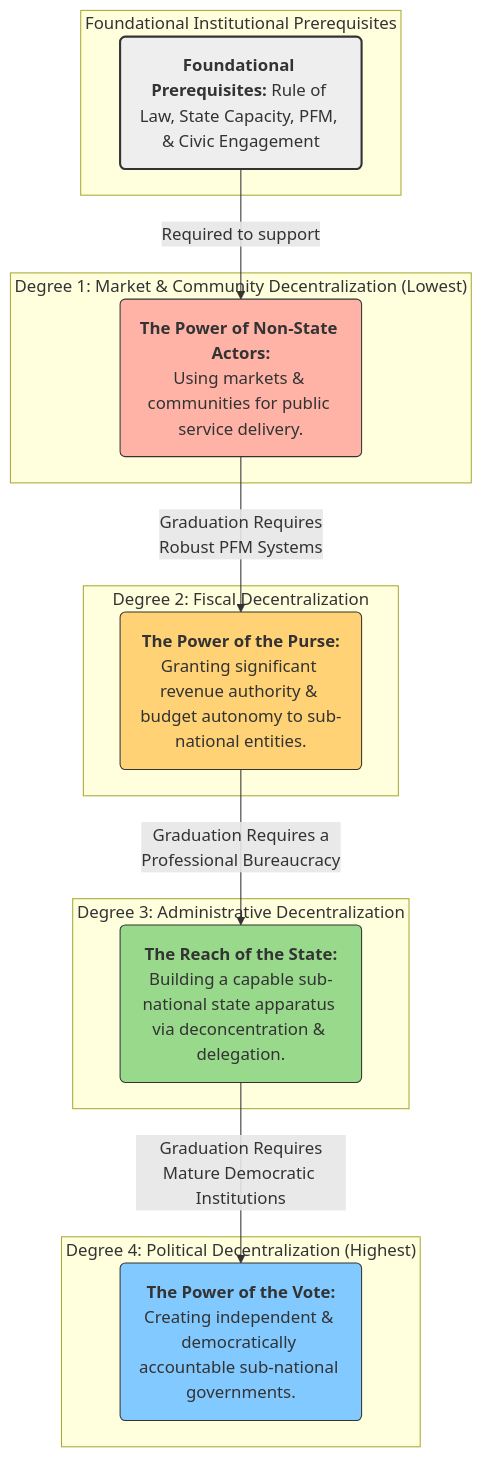
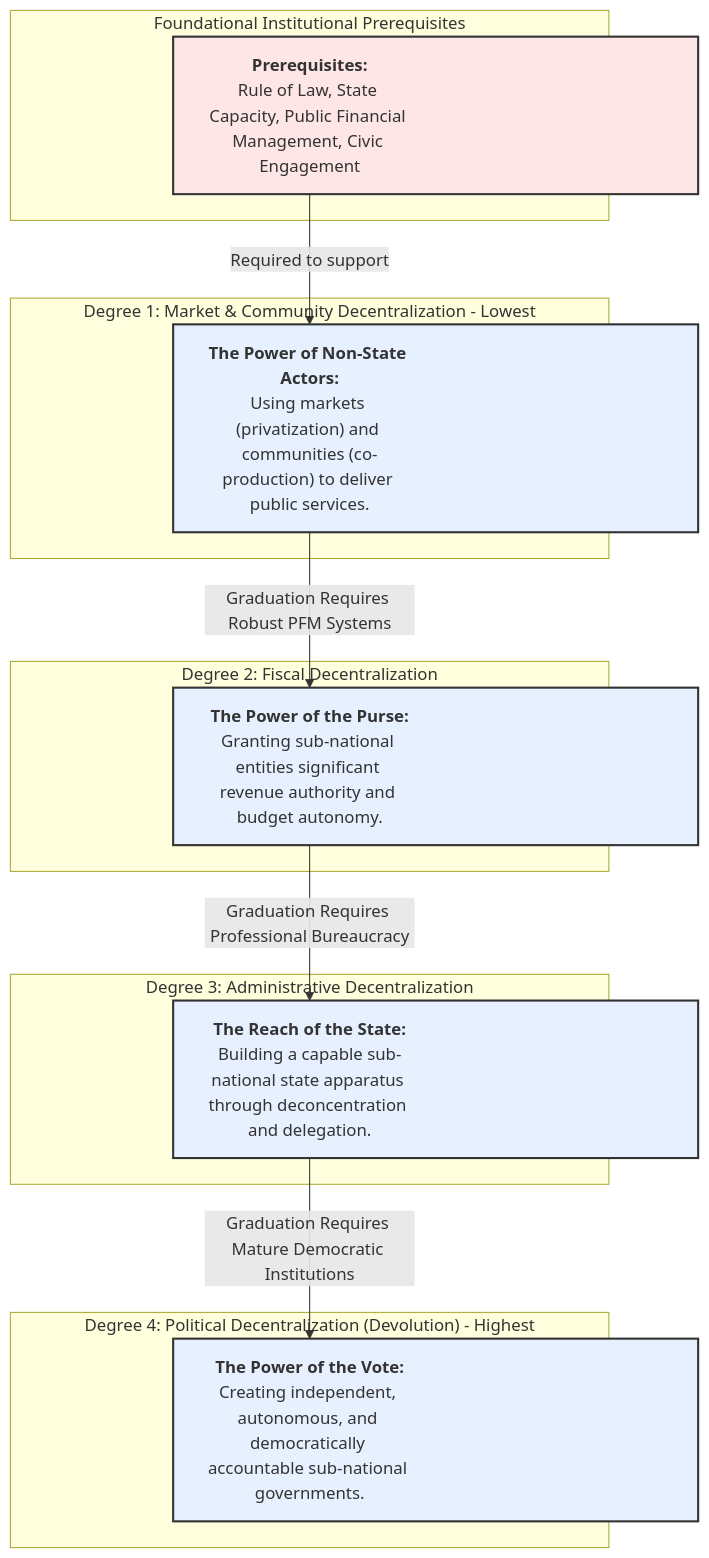
Before and after one commit to Aboutorabi/2.1.md: the diagram in 2.1.md, drawn with Mermaid.

````diff
--- a/2.1.md
+++ b/2.1.md
@@ -1,32 +1,41 @@
 ```mermaid
+%%{init: {'themeCSS': '.label foreignObject span { text-align: center; display: block; }'}}%%
 graph TD
-    subgraph "Degree 4: Political Decentralization (Highest)"
-        D4("<b>The Power of the Vote:</b><br>Creating independent & democratically accountable sub-national governments.")
+    %% Degree 4
+    subgraph "Degree 4: Political Decentralization (Devolution) - Highest"
+        D4["<b>The Power of the Vote:</b><br/>Creating independent, autonomous, and democratically accountable sub-national governments."]
     end
+
+    %% Degree 3
     subgraph "Degree 3: Administrative Decentralization"
-        D3("<b>The Reach of the State:</b><br>Building a capable sub-national state apparatus via deconcentration & delegation.")
+        D3["<b>The Reach of the State:</b><br/>Building a capable sub-national state apparatus through deconcentration and delegation."]
     end
+
+    %% Degree 2
     subgraph "Degree 2: Fiscal Decentralization"
-        D2("<b>The Power of the Purse:</b><br>Granting significant revenue authority & budget autonomy to sub-national entities.")
+        D2["<b>The Power of the Purse:</b><br/>Granting sub-national entities significant revenue authority and budget autonomy."]
     end
-    subgraph "Degree 1: Market & Community Decentralization (Lowest)"
-        D1("<b>The Power of Non-State Actors:</b><br>Using markets & communities for public service delivery.")
+
+    %% Degree 1
+    subgraph "Degree 1: Market & Community Decentralization - Lowest"
+        D1["<b>The Power of Non-State Actors:</b><br/>Using markets (privatization) and communities (co-production) to deliver public services."]
     end
     
+    %% Prerequisites
     subgraph "Foundational Institutional Prerequisites"
-        F("<b>Foundational Prerequisites:</b> Rule of Law, State Capacity, PFM, & Civic Engagement")
+        F["<b>Prerequisites:</b><br/>Rule of Law, State Capacity, Public Financial Management, Civic Engagement"]
     end
 
-    F -- "Required to support" --> D1
-    D1 -- "Graduation Requires<br>Robust PFM Systems" --> D2
-    D2 -- "Graduation Requires a<br>Professional Bureaucracy" --> D3
-    D3 -- "Graduation Requires<br>Mature Democratic Institutions" --> D4
+    %% Arrows
+    F -->|Required to support| D1
+    D1 -->|Graduation Requires Robust PFM Systems| D2
+    D2 -->|Graduation Requires Professional Bureaucracy| D3
+    D3 -->|Graduation Requires Mature Democratic Institutions| D4
 
-    style D4 fill:#82c9ff,stroke:#333
-    style D3 fill:#99d98c,stroke:#333
-    style D2 fill:#ffd275,stroke:#333
-    style D1 fill:#ffb3a7,stroke:#333
-    style F fill:#eee,stroke:#333,stroke-width:2px
-
-
+    %% Styling
+    style F  fill:#ffe6e6,stroke:#333,stroke-width:2px,width:500px
+    style D1 fill:#e6f0ff,stroke:#333,stroke-width:2px,width:500px
+    style D2 fill:#e6f0ff,stroke:#333,stroke-width:2px,width:500px
+    style D3 fill:#e6f0ff,stroke:#333,stroke-width:2px,width:500px
+    style D4 fill:#e6f0ff,stroke:#333,stroke-width:2px,width:500px
 ```
````
